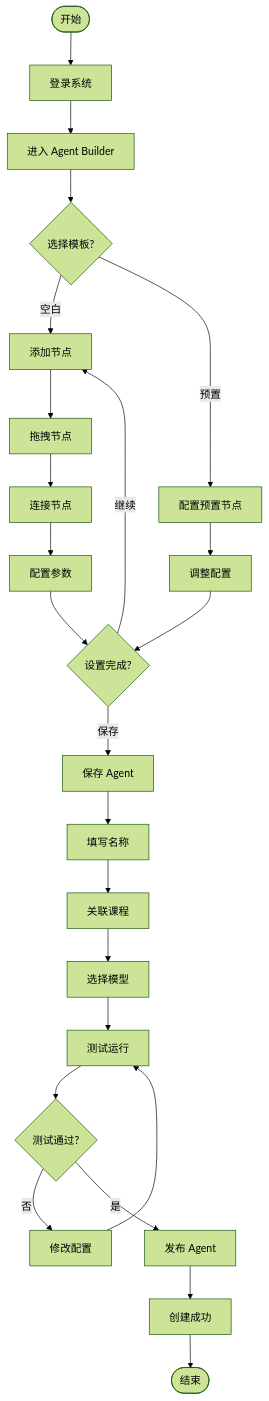
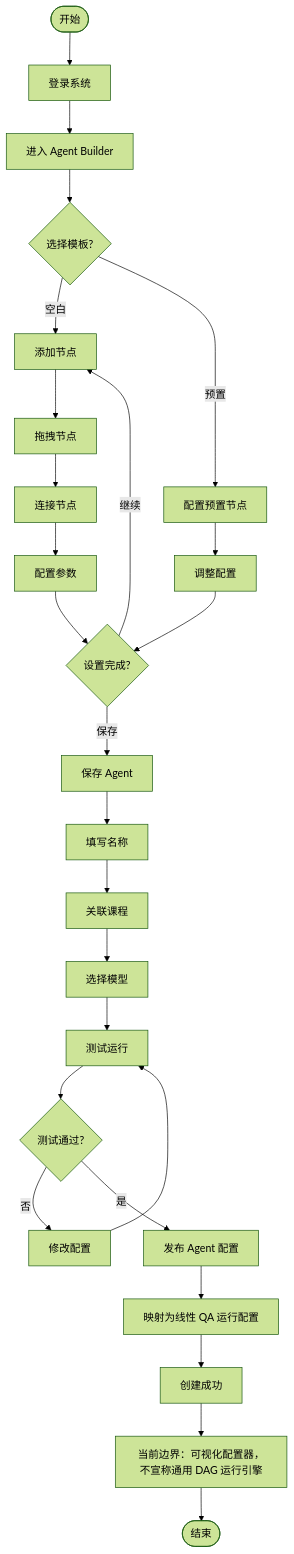
The seventh of 13 diagrams in docs/architecture-diagrams.md (qianlinnian/edu-ai), drawn with Mermaid (forest theme) before and after one commit. The commit also changed other lines of this file and 7 other files, not shown here.

````diff
--- a/docs/architecture-diagrams.md
+++ b/docs/architecture-diagrams.md
@@ -300,33 +300,35 @@
 ```mermaid
 flowchart TD
     START([开始]) --> LOGIN[登录系统]
     LOGIN --> BUILDER[进入 Agent Builder]
     BUILDER --> TEMPLATE{选择模板?}
 
     TEMPLATE -->|空白| ADD[添加节点]
     TEMPLATE -->|预置| CONFIGURE[配置预置节点]
 
     ADD --> DRAG[拖拽节点]
     DRAG --> CONNECT[连接节点]
     CONNECT --> CONFIG[配置参数]
 
     CONFIGURE --> ADJUST[调整配置]
 
     CONFIG & ADJUST --> SETTING{设置完成?}
 
     SETTING -->|继续| ADD
     SETTING -->|保存| SAVE[保存 Agent]
 
     SAVE --> NAME[填写名称]
     NAME --> COURSE[关联课程]
     COURSE --> MODEL[选择模型]
     MODEL --> TEST[测试运行]
 
     TEST --> OK{测试通过?}
     OK -->|否| FIX[修改配置]
     FIX --> TEST
 
-    OK -->|是| PUBLISH[发布 Agent]
-    PUBLISH --> SUCCESS[创建成功]
-    SUCCESS --> END([结束])
+    OK -->|是| PUBLISH[发布 Agent 配置]
+    PUBLISH --> MAP[映射为线性 QA 运行配置]
+    MAP --> SUCCESS[创建成功]
+    SUCCESS --> NOTE[当前边界：可视化配置器，不宣称通用 DAG 运行引擎]
+    NOTE --> END([结束])
 ```
````
